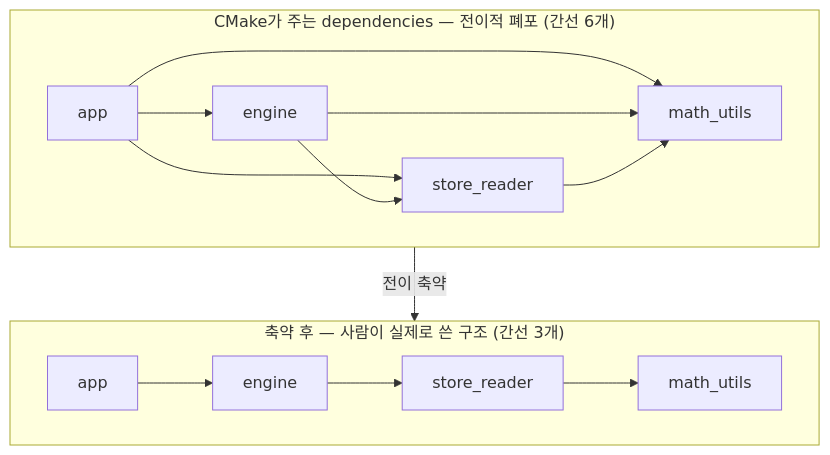
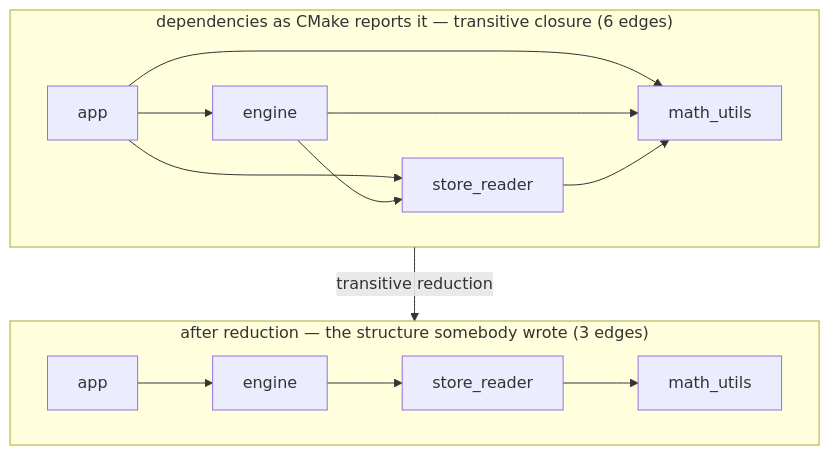
Before and after one commit to Ruminem/cmake-link-explorer: the third of 4 diagrams in README.md, drawn with Mermaid. The commit also changed other lines of this file and 2 other files, not shown here.

````diff
--- a/README.md
+++ b/README.md
@@ -282,21 +292,21 @@
 ```mermaid
 flowchart TB
-    subgraph raw["CMake가 주는 dependencies — 전이적 폐포 (간선 6개)"]
+    subgraph raw["dependencies as CMake reports it — transitive closure (6 edges)"]
         direction LR
         a1["app"] --> b1["engine"]
         a1 --> c1["store_reader"]
         a1 --> d1["math_utils"]
         b1 --> c1
         b1 --> d1
         c1 --> d1
     end
 
-    subgraph reduced["축약 후 — 사람이 실제로 쓴 구조 (간선 3개)"]
+    subgraph reduced["after reduction — the structure somebody wrote (3 edges)"]
         direction LR
         a2["app"] --> b2["engine"]
         b2 --> c2["store_reader"]
         c2 --> d2["math_utils"]
     end
 
-    raw -->|"전이 축약"| reduced
+    raw -->|"transitive reduction"| reduced
 ```
````
